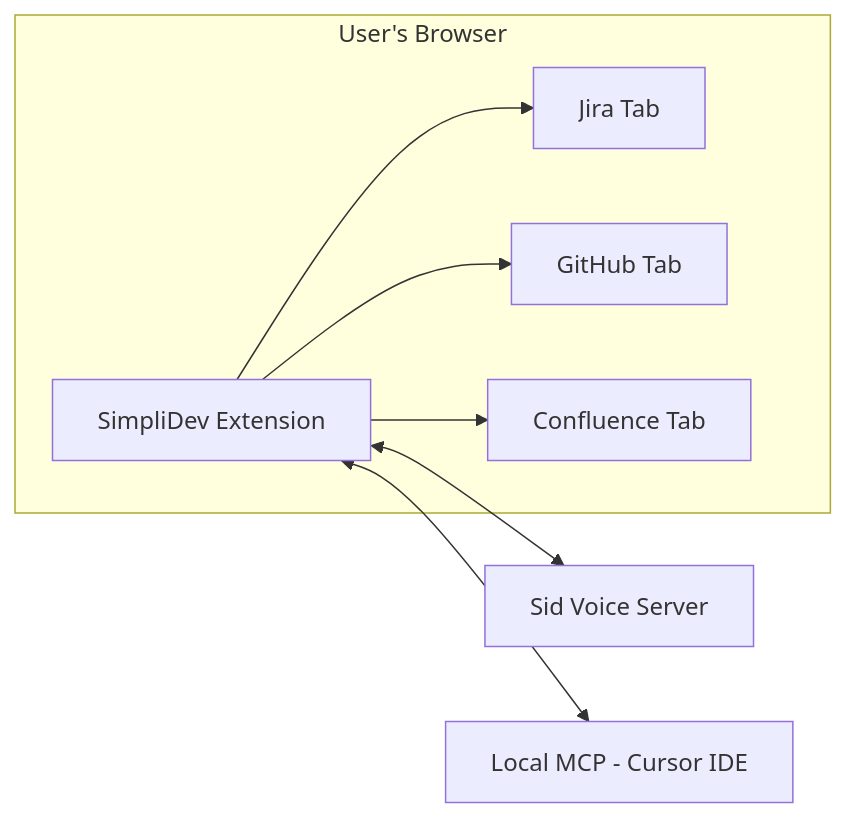
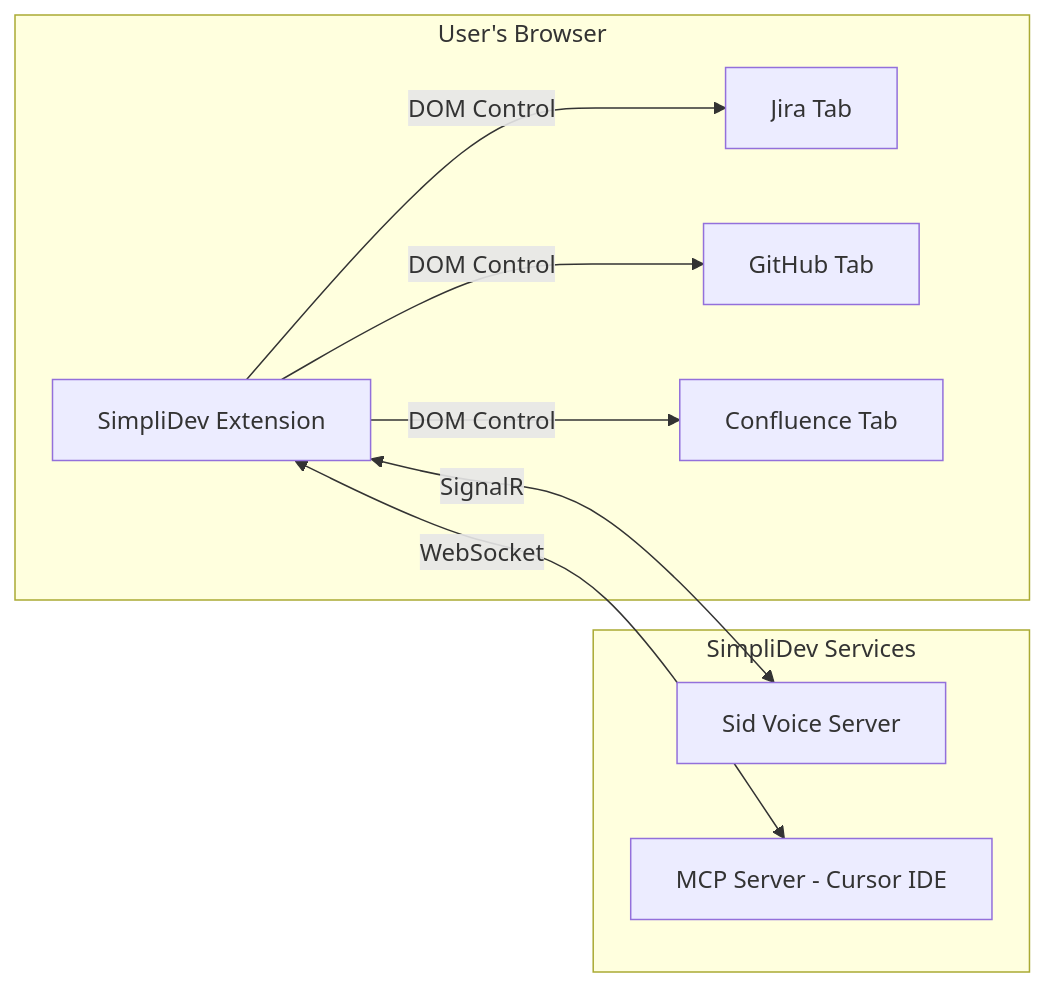
Before and after one commit to Simpligov/simplidev-browser-extension: the diagram in README.md, drawn with Mermaid. The commit also changed other lines of this file, not shown here.

````diff
--- a/README.md
+++ b/README.md
@@ -46,15 +11,20 @@
 ```mermaid
 flowchart LR
     subgraph Browser[User's Browser]
         Ext[SimpliDev Extension]
         Jira[Jira Tab]
         GitHub[GitHub Tab]
         Confluence[Confluence Tab]
     end
 
-    Ext <--> SignalR[Sid Voice Server]
-    Ext <--> MCP[Local MCP - Cursor IDE]
-    Ext --> Jira
-    Ext --> GitHub
-    Ext --> Confluence
+    subgraph SimpliDev[SimpliDev Services]
+        Voice[Sid Voice Server]
+        MCP[MCP Server - Cursor IDE]
+    end
+
+    Ext <-->|SignalR| Voice
+    Ext <-->|WebSocket| MCP
+    Ext -->|DOM Control| Jira
+    Ext -->|DOM Control| GitHub
+    Ext -->|DOM Control| Confluence
 ```
````
